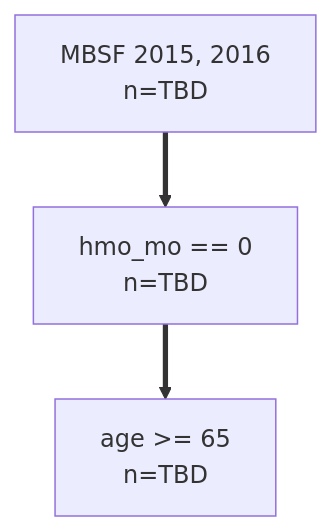
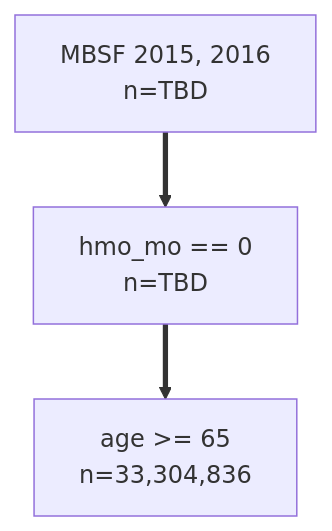
One commit to NSAPH-Projects/mcbs-mbsf-exploratory changed the second of 2 diagrams in README.md. Above: the diagram before and after it, drawn with Mermaid. The commit also changed other lines of this file, not shown here.

````diff
--- a/README.md
+++ b/README.md
@@ -58,5 +66,5 @@
 ```mermaid
 flowchart TB
     ID1[MBSF 2015, 2016 \n n=TBD]==>ID2[hmo_mo == 0 \n n=TBD]
-    ID2==>ID3[age >= 65 \n n=TBD]
+    ID2==>ID3[age >= 65 \n n=33,304,836]
 ``` 
````
